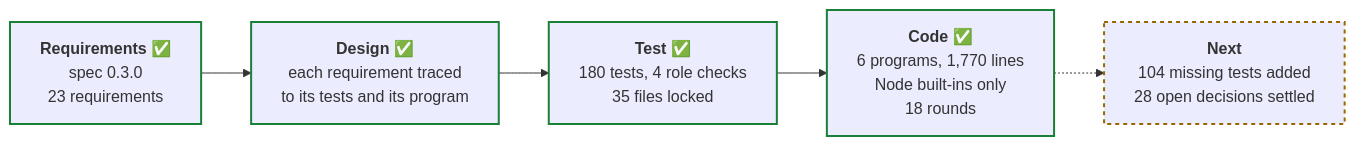
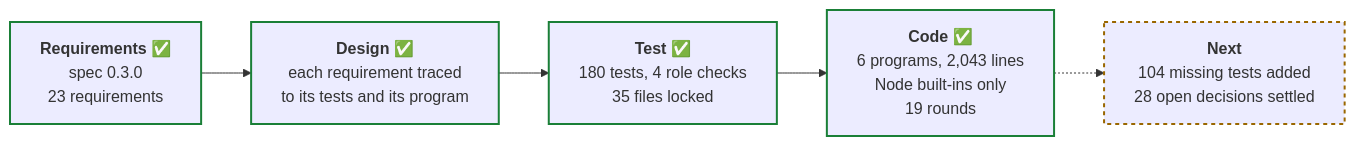
Before and after one commit to PaulDuvall/adlc-security-reviewer: the third of 4 diagrams in README.md, drawn with Mermaid. The commit also changed other lines of this file and 3 other files, not shown here.

````diff
--- a/README.md
+++ b/README.md
@@ -274,13 +275,13 @@
 ```mermaid
 flowchart LR
   req["<b>Requirements</b> ✅<br/>spec 0.3.0<br/>23 requirements"]
   des["<b>Design</b> ✅<br/>each requirement traced<br/>to its tests and its program"]
   tst["<b>Test</b> ✅<br/>180 tests, 4 role checks<br/>35 files locked"]
-  cod["<b>Code</b> ✅<br/>6 programs, 1,770 lines<br/>Node built-ins only<br/>18 rounds"]
+  cod["<b>Code</b> ✅<br/>6 programs, 2,043 lines<br/>Node built-ins only<br/>19 rounds"]
   nxt["<b>Next</b><br/>104 missing tests added<br/>28 open decisions settled"]
   req --> des --> tst --> cod -.-> nxt
   classDef done stroke:#1a7f37,stroke-width:2px
   classDef next stroke:#9a6700,stroke-width:2px,stroke-dasharray:4
   class req,des,tst,cod done
   class nxt next
 ```
````
